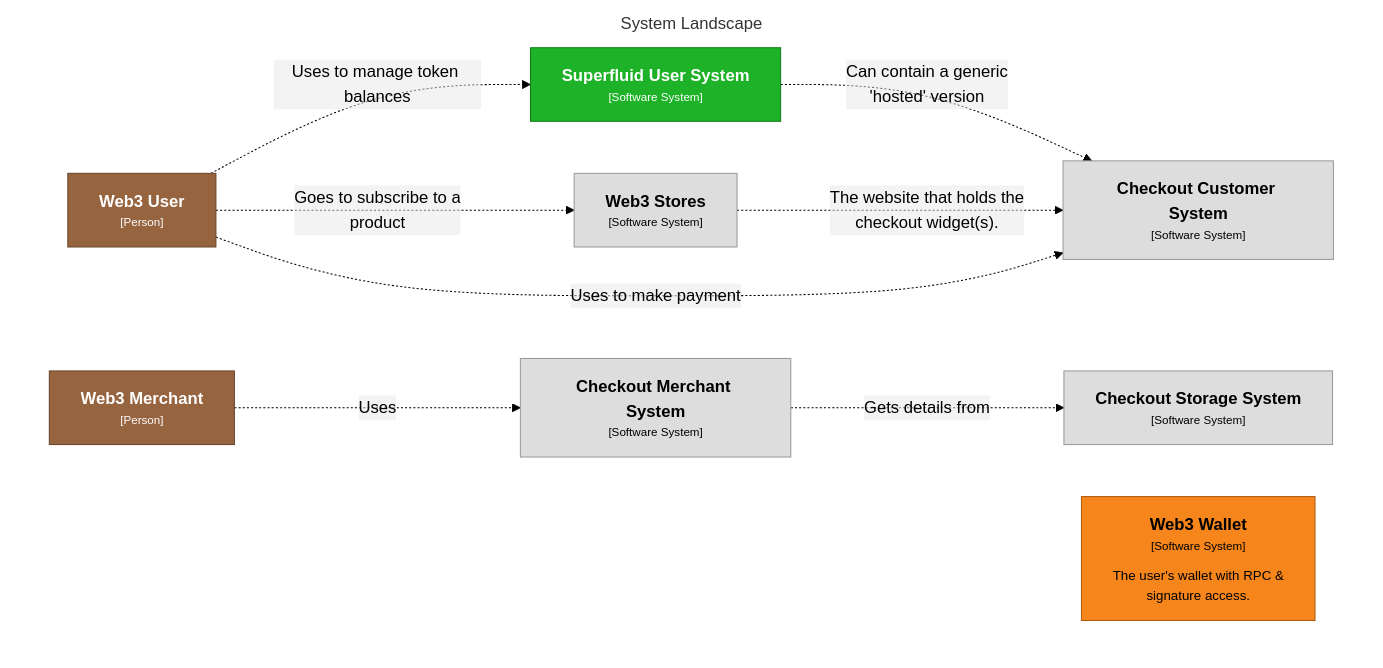
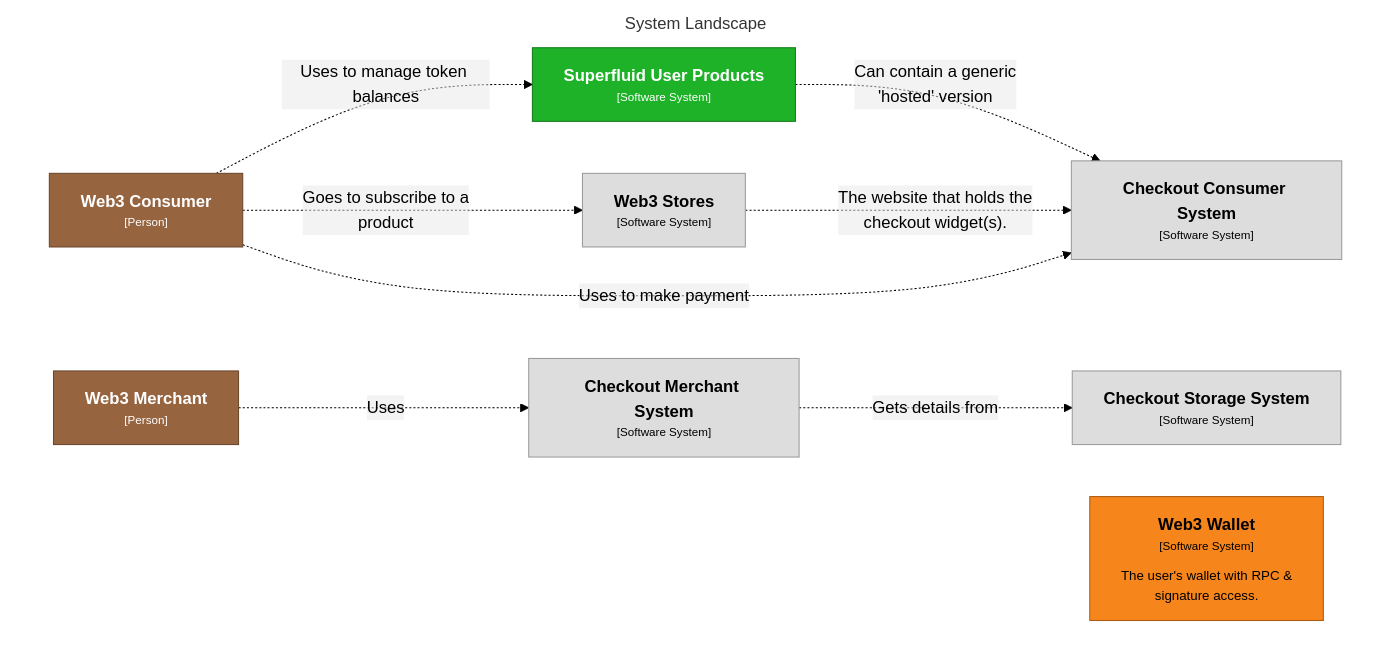
One commit to superfluid-finance/widget changed the diagram in architecture/diagrams/structurizr-TheBigPicture.mmd. Above: the diagram before and after it, drawn with Mermaid (forest theme). The commit also changed 10 other files, not shown here.

```diff
--- a/architecture/diagrams/structurizr-TheBigPicture.mmd
+++ b/architecture/diagrams/structurizr-TheBigPicture.mmd
@@ -1,31 +1,31 @@
 graph TB
   linkStyle default fill:#ffffff
 
   subgraph diagram [System Landscape]
     style diagram fill:#ffffff,stroke:#ffffff
 
-    1["<div style='font-weight: bold'>Checkout Customer System</div><div style='font-size: 70%; margin-top: 0px'>[Software System]</div>"]
+    1["<div style='font-weight: bold'>Checkout Consumer System</div><div style='font-size: 70%; margin-top: 0px'>[Software System]</div>"]
     style 1 fill:#dddddd,stroke:#9a9a9a,color:#000000
     24["<div style='font-weight: bold'>Checkout Storage System</div><div style='font-size: 70%; margin-top: 0px'>[Software System]</div>"]
     style 24 fill:#dddddd,stroke:#9a9a9a,color:#000000
     27["<div style='font-weight: bold'>Checkout Merchant System</div><div style='font-size: 70%; margin-top: 0px'>[Software System]</div>"]
     style 27 fill:#dddddd,stroke:#9a9a9a,color:#000000
-    31["<div style='font-weight: bold'>Web3 Wallet</div><div style='font-size: 70%; margin-top: 0px'>[Software System]</div><div style='font-size: 80%; margin-top:10px'>The user's wallet with RPC &<br />signature access.</div>"]
-    style 31 fill:#f6851b,stroke:#ac5d12,color:#000000
-    32["<div style='font-weight: bold'>Superfluid User System</div><div style='font-size: 70%; margin-top: 0px'>[Software System]</div>"]
-    style 32 fill:#1db227,stroke:#147c1b,color:#ffffff
+    31["<div style='font-weight: bold'>Superfluid User Products</div><div style='font-size: 70%; margin-top: 0px'>[Software System]</div>"]
+    style 31 fill:#1db227,stroke:#147c1b,color:#ffffff
+    38["<div style='font-weight: bold'>Web3 Wallet</div><div style='font-size: 70%; margin-top: 0px'>[Software System]</div><div style='font-size: 80%; margin-top:10px'>The user's wallet with RPC &<br />signature access.</div>"]
+    style 38 fill:#f6851b,stroke:#ac5d12,color:#000000
     39["<div style='font-weight: bold'>Web3 Stores</div><div style='font-size: 70%; margin-top: 0px'>[Software System]</div>"]
     style 39 fill:#dddddd,stroke:#9a9a9a,color:#000000
     42["<div style='font-weight: bold'>Web3 Merchant</div><div style='font-size: 70%; margin-top: 0px'>[Person]</div>"]
     style 42 fill:#976440,stroke:#69462c,color:#ffffff
-    44["<div style='font-weight: bold'>Web3 User</div><div style='font-size: 70%; margin-top: 0px'>[Person]</div>"]
+    44["<div style='font-weight: bold'>Web3 Consumer</div><div style='font-size: 70%; margin-top: 0px'>[Person]</div>"]
     style 44 fill:#976440,stroke:#69462c,color:#ffffff
 
     27-. "<div>Gets details from</div><div style='font-size: 70%'></div>" .->24
-    32-. "<div>Can contain a generic<br />'hosted' version</div><div style='font-size: 70%'></div>" .->1
+    31-. "<div>Can contain a generic<br />'hosted' version</div><div style='font-size: 70%'></div>" .->1
     39-. "<div>The website that holds the<br />checkout widget(s).</div><div style='font-size: 70%'></div>" .->1
     42-. "<div>Uses</div><div style='font-size: 70%'></div>" .->27
-    44-. "<div>Uses to manage token balances</div><div style='font-size: 70%'></div>" .->32
+    44-. "<div>Uses to manage token balances</div><div style='font-size: 70%'></div>" .->31
     44-. "<div>Goes to subscribe to a<br />product</div><div style='font-size: 70%'></div>" .->39
     44-. "<div>Uses to make payment</div><div style='font-size: 70%'></div>" .->1
   end
```
